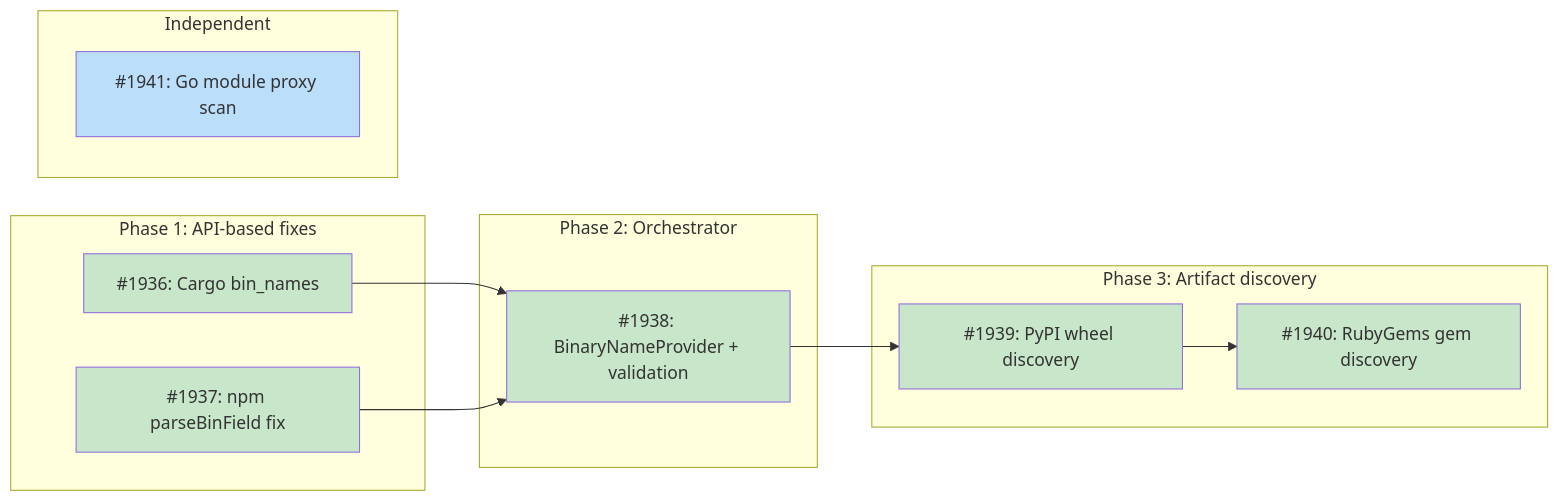
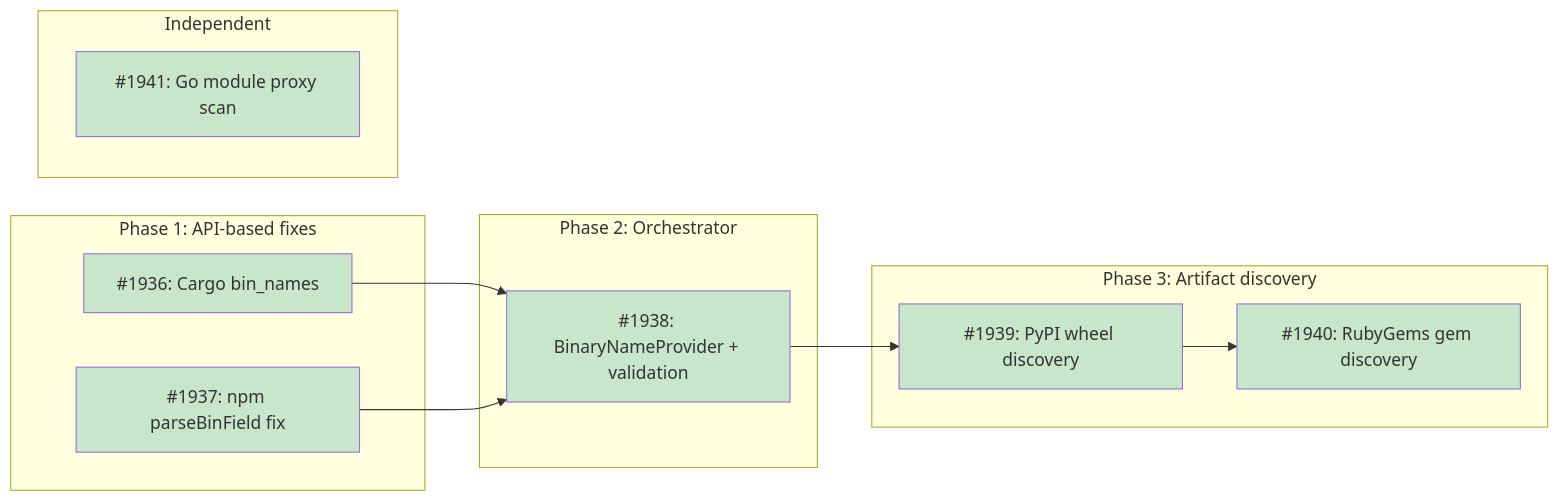
One commit to tsukumogami/tsuku changed the diagram in docs/designs/DESIGN-binary-name-discovery.md. Above: the diagram before and after it, drawn with Mermaid. The commit also changed other lines of this file and 2 other files, not shown here.

````diff
--- a/docs/designs/DESIGN-binary-name-discovery.md
+++ b/docs/designs/DESIGN-binary-name-discovery.md
@@ -55,34 +55,33 @@
 ```mermaid
 graph LR
     subgraph Phase1["Phase 1: API-based fixes"]
         I1936["#1936: Cargo bin_names"]
         I1937["#1937: npm parseBinField fix"]
     end
 
     subgraph Phase2["Phase 2: Orchestrator"]
         I1938["#1938: BinaryNameProvider + validation"]
     end
 
     subgraph Phase3["Phase 3: Artifact discovery"]
         I1939["#1939: PyPI wheel discovery"]
         I1940["#1940: RubyGems gem discovery"]
     end
 
     subgraph Independent["Independent"]
         I1941["#1941: Go module proxy scan"]
     end
 
     I1936 --> I1938
     I1937 --> I1938
     I1938 --> I1939
     I1939 --> I1940
 
     classDef done fill:#c8e6c9
     classDef ready fill:#bbdefb
     classDef blocked fill:#fff9c4
     classDef needsDesign fill:#e1bee7
     classDef tracksDesign fill:#FFE0B2,stroke:#F57C00,color:#000
 
-    class I1936,I1937,I1938,I1939,I1940 done
-    class I1941 ready
+    class I1936,I1937,I1938,I1939,I1940,I1941 done
 ```
````
